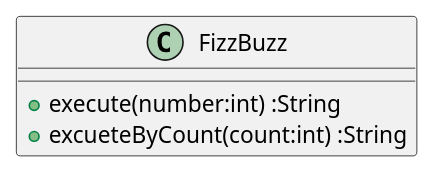
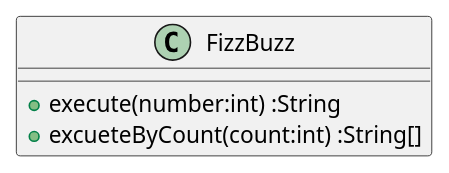
The first of 2 diagrams in docs/src/fizzbuzz.md (k2works/etude_for_java), drawn with PlantUML before and after one commit. The commit also changed other lines of this file and 4 other files, not shown here.

````diff
--- a/docs/src/fizzbuzz.md
+++ b/docs/src/fizzbuzz.md
@@ -27,8 +28,8 @@
 ```puml
 @startuml
 class FizzBuzz {
   +execute(number:int) :String
-  +excueteByCount(count:int) :String
+  +excueteByCount(count:int) :String[]
 }
 @enduml
 ```
````
